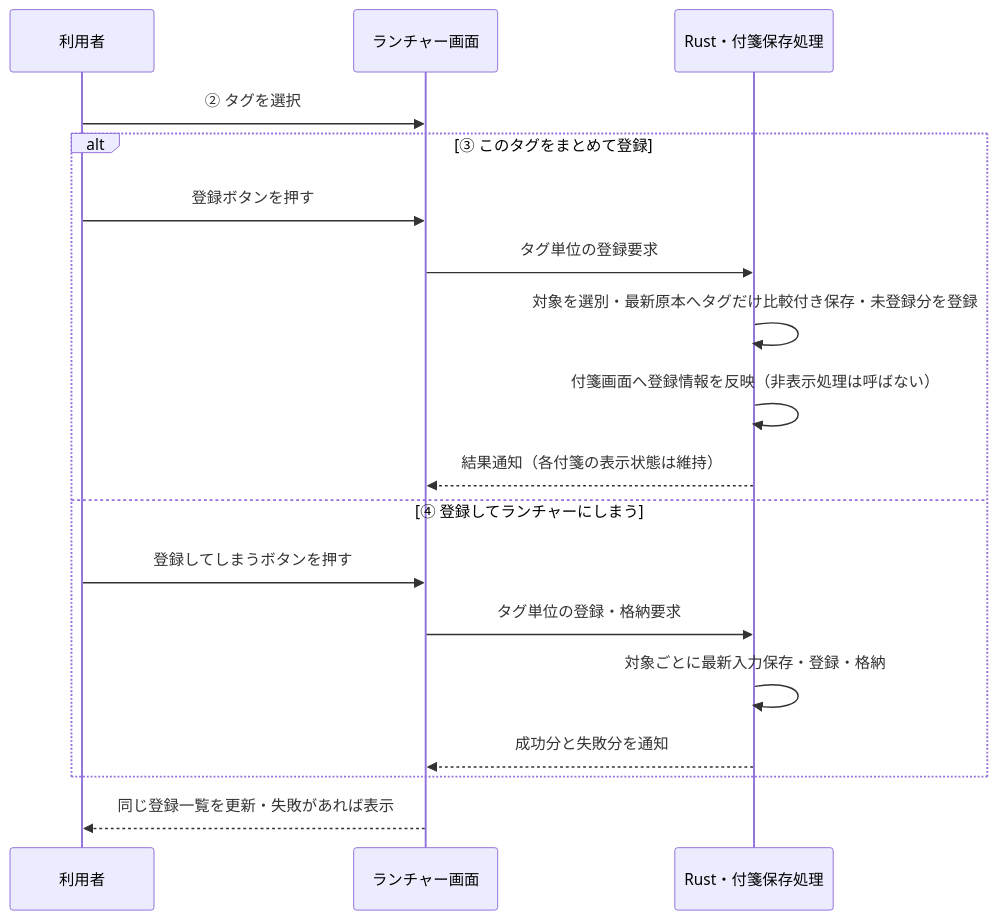
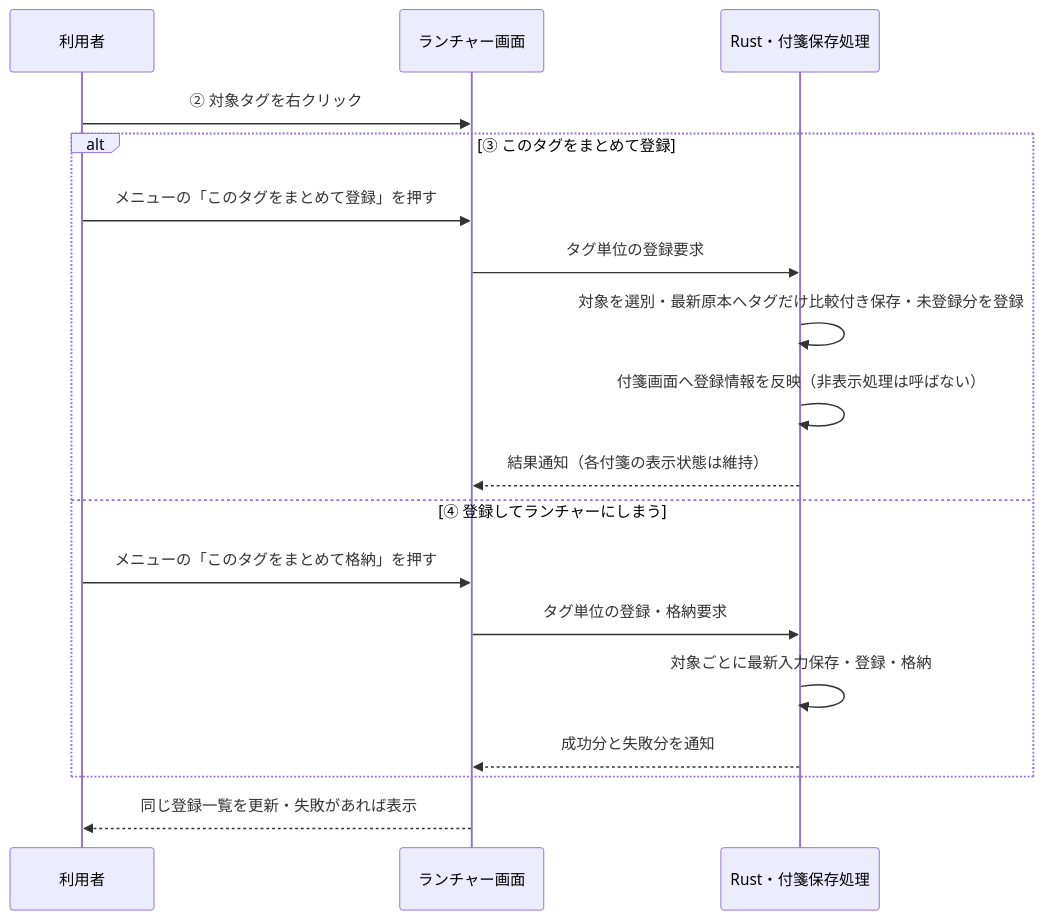
Diagram 19 of 24 in docs-v2/002_PC.md (ore-no-fusen/ore-no-fusen), drawn with Mermaid before and after one commit. The commit also changed other lines of this file and 11 other files, not shown here.

````diff
--- a/docs-v2/002_PC.md
+++ b/docs-v2/002_PC.md
@@ -1763,20 +1763,20 @@
 ```mermaid
 sequenceDiagram
     participant U as 利用者
     participant L as ランチャー画面
     participant R as Rust・付箋保存処理
-    U->>L: ② タグを選択
+    U->>L: ② 対象タグを右クリック
     alt ③ このタグをまとめて登録
-        U->>L: 登録ボタンを押す
+        U->>L: メニューの「このタグをまとめて登録」を押す
         L->>R: タグ単位の登録要求
         R->>R: 対象を選別・最新原本へタグだけ比較付き保存・未登録分を登録
         R->>R: 付箋画面へ登録情報を反映（非表示処理は呼ばない）
         R-->>L: 結果通知（各付箋の表示状態は維持）
     else ④ 登録してランチャーにしまう
-        U->>L: 登録してしまうボタンを押す
+        U->>L: メニューの「このタグをまとめて格納」を押す
         L->>R: タグ単位の登録・格納要求
         R->>R: 対象ごとに最新入力保存・登録・格納
         R-->>L: 成功分と失敗分を通知
     end
     L-->>U: 同じ登録一覧を更新・失敗があれば表示
 ```
````
